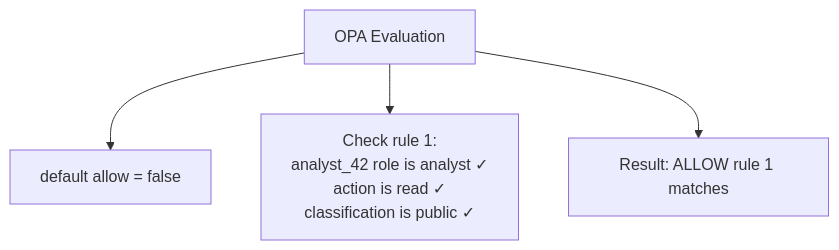
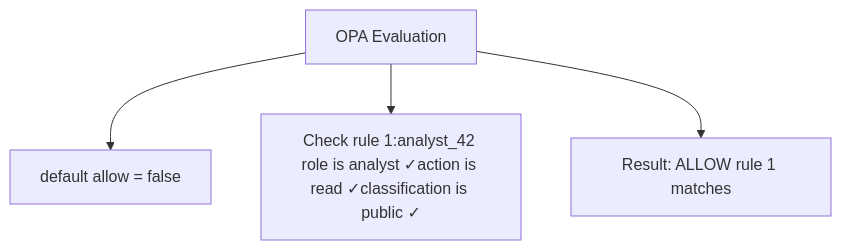
Before and after one commit to naren-chakraview/chakraview-fintech-data-mesh: the first of 5 diagrams in docs/platform/governance.md, drawn with Mermaid. The commit also changed other lines of this file and 9 other files, not shown here.

Commit message:
fix: remove HTML br tags from mermaid diagrams and fix diagram syntax for v11 compatibility

````diff
--- a/docs/platform/governance.md
+++ b/docs/platform/governance.md
@@ -60,7 +60,7 @@
 ```mermaid
 graph TD
     A["OPA Evaluation"]
     A --> A1["default allow = false"]
-    A --> A2["Check rule 1:<br/>analyst_42 role is analyst ✓<br/>action is read ✓<br/>classification is public ✓"]
+    A --> A2["Check rule 1:analyst_42 role is analyst ✓action is read ✓classification is public ✓"]
     A --> A3["Result: ALLOW rule 1 matches"]
 ```
````
